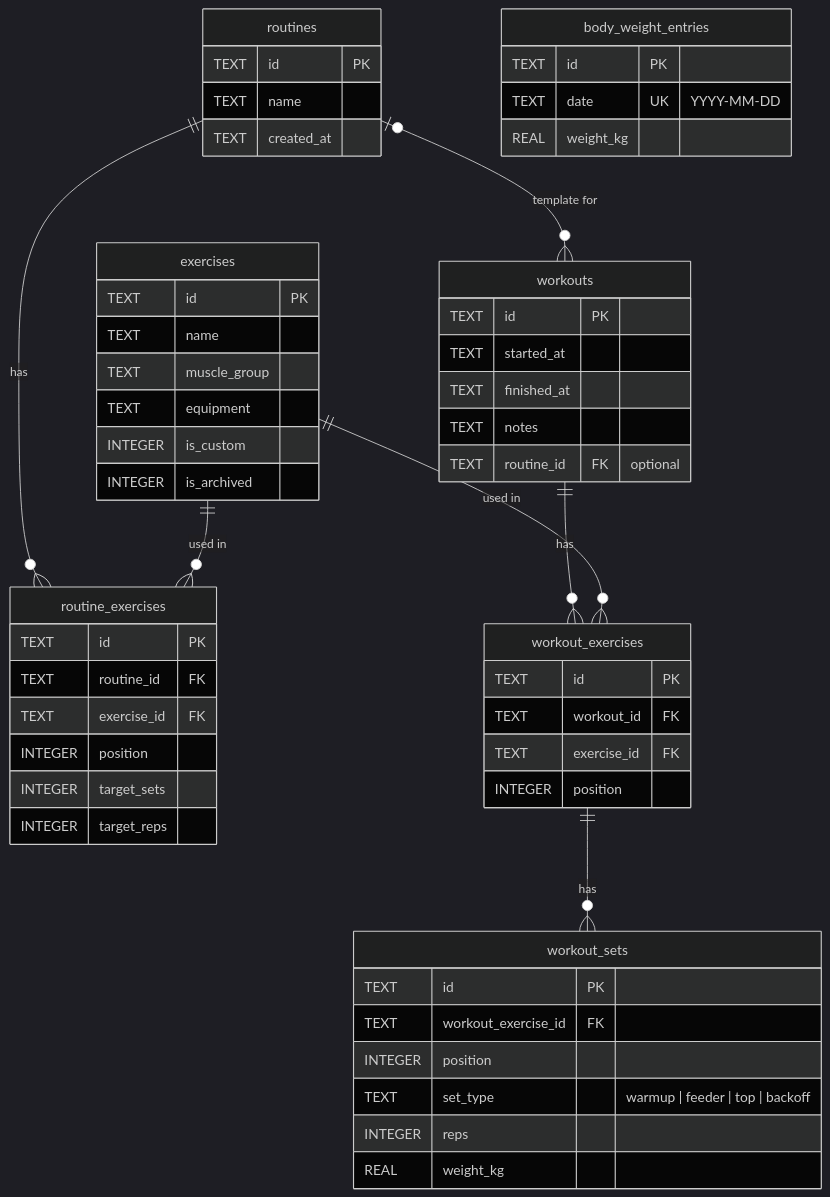
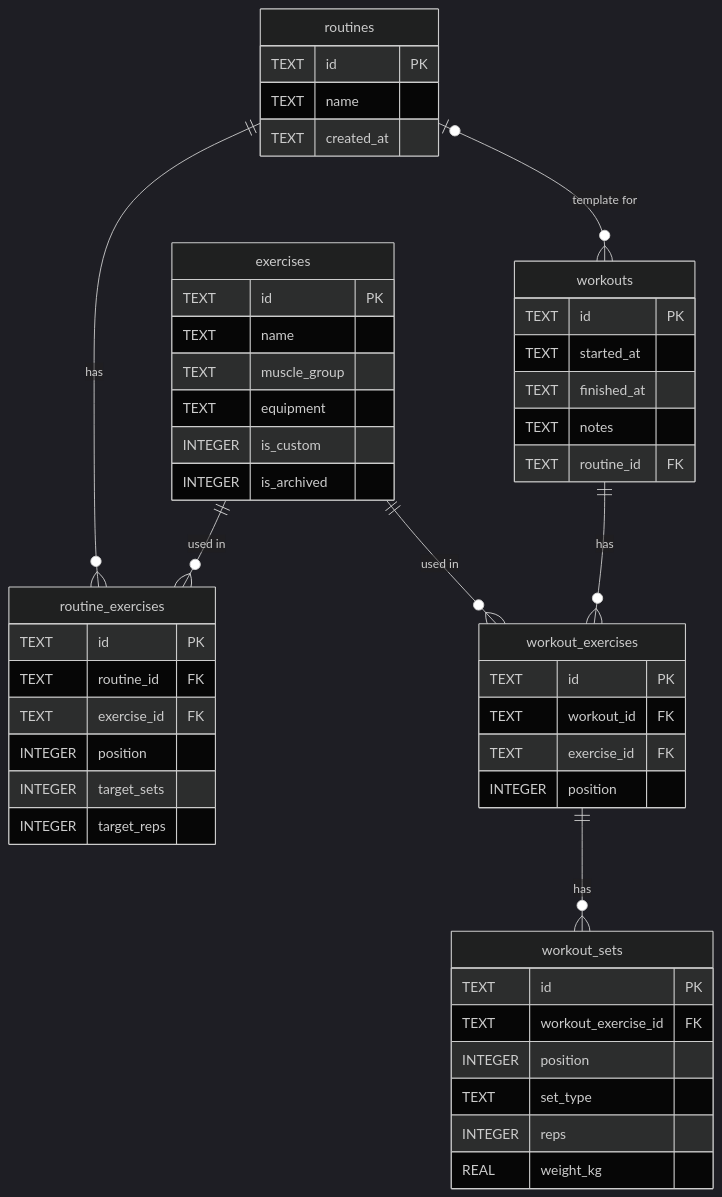
The first of 2 diagrams in README.md (ABorges2003/GymLog), drawn with Mermaid (dark theme) before and after one commit. The commit also changed other lines of this file, not shown here.

Commit message:
Small diagram correction

````diff
--- a/README.md
+++ b/README.md
@@ -95,57 +97,52 @@
 ```mermaid
 erDiagram
-    exercises {
-        TEXT id PK
-        TEXT name
-        TEXT muscle_group
-        TEXT equipment
-        INTEGER is_custom
-        INTEGER is_archived
-    }
+    routines ||--o{ routine_exercises : "has"
+    routines |o--o{ workouts : "template for"
+    exercises ||--o{ routine_exercises : "used in"
+    exercises ||--o{ workout_exercises : "used in"
+    workouts ||--o{ workout_exercises : "has"
+    workout_exercises ||--o{ workout_sets : "has"
+
     routines {
         TEXT id PK
         TEXT name
         TEXT created_at
     }
     routine_exercises {
         TEXT id PK
         TEXT routine_id FK
         TEXT exercise_id FK
         INTEGER position
         INTEGER target_sets
         INTEGER target_reps
     }
+    exercises {
+        TEXT id PK
+        TEXT name
+        TEXT muscle_group
+        TEXT equipment
+        INTEGER is_custom
+        INTEGER is_archived
+    }
     workouts {
         TEXT id PK
         TEXT started_at
         TEXT finished_at
         TEXT notes
-        TEXT routine_id FK "optional"
+        TEXT routine_id FK
     }
     workout_exercises {
         TEXT id PK
         TEXT workout_id FK
         TEXT exercise_id FK
         INTEGER position
     }
     workout_sets {
         TEXT id PK
         TEXT workout_exercise_id FK
         INTEGER position
-        TEXT set_type "warmup | feeder | top | backoff"
+        TEXT set_type
         INTEGER reps
         REAL weight_kg
     }
-    body_weight_entries {
-        TEXT id PK
-        TEXT date UK "YYYY-MM-DD"
-        REAL weight_kg
-    }
-
-    routines ||--o{ routine_exercises : "has"
-    exercises ||--o{ routine_exercises : "used in"
-    routines |o--o{ workouts : "template for"
-    workouts ||--o{ workout_exercises : "has"
-    exercises ||--o{ workout_exercises : "used in"
-    workout_exercises ||--o{ workout_sets : "has"
 ```
````
